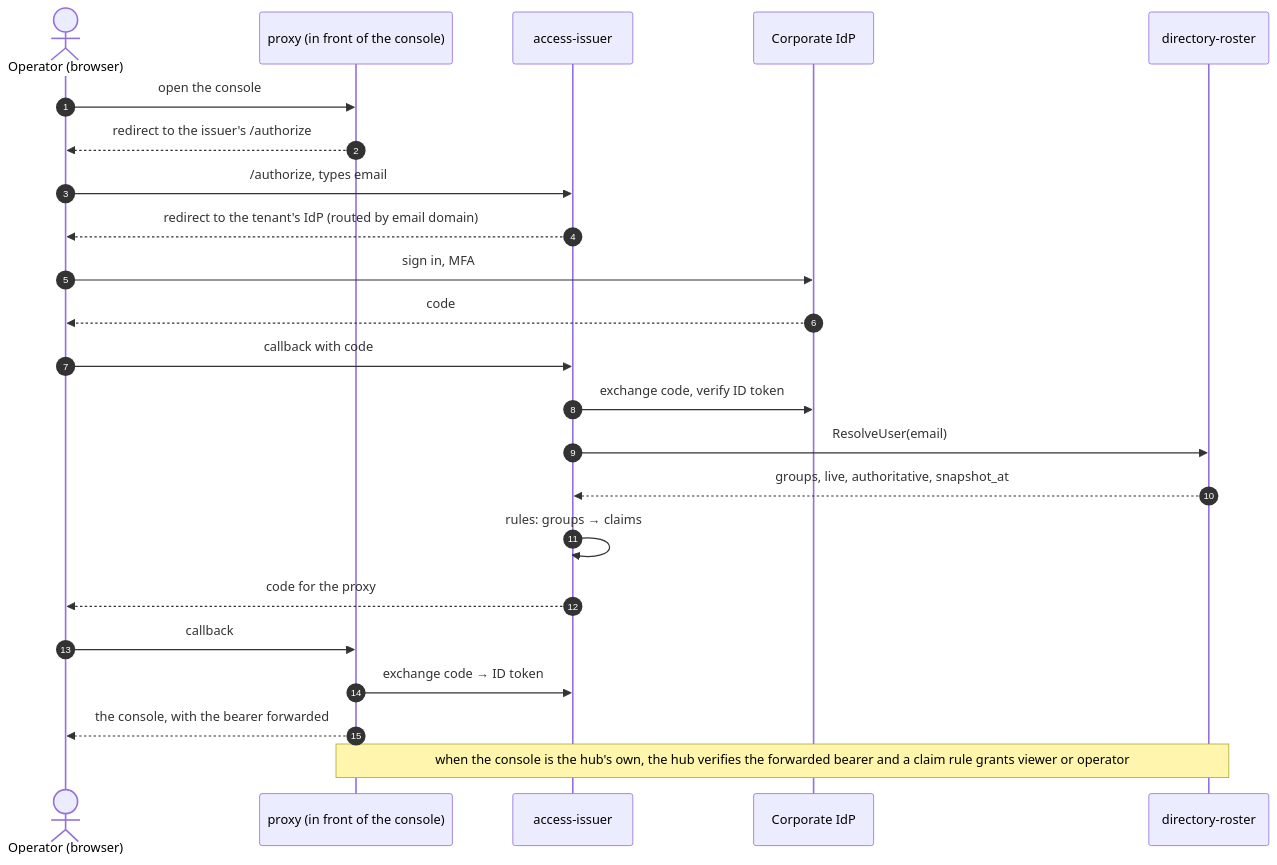
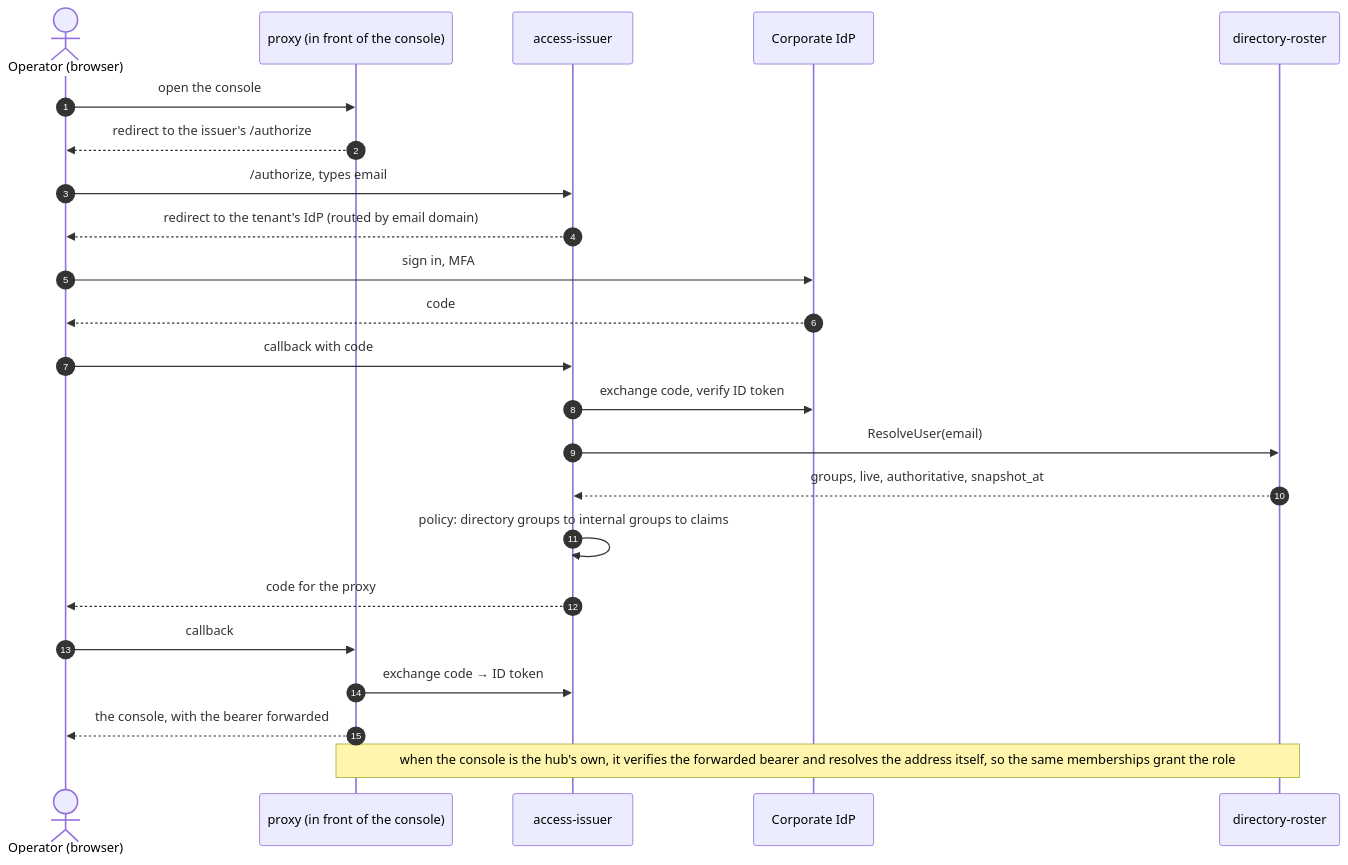
The fourth of 11 diagrams in docs/architecture.md (truvity/access-roster), drawn with Mermaid before and after one commit. The commit also changed other lines of this file and 21 other files, not shown here.

````diff
--- a/docs/architecture.md
+++ b/docs/architecture.md
@@ -215,25 +215,25 @@
 ```mermaid
 sequenceDiagram
   autonumber
   actor E as Operator (browser)
   participant P as proxy (in front of the console)
   participant T as access-issuer
   participant G as Corporate IdP
   participant H as directory-roster
   E->>P: open the console
   P-->>E: redirect to the issuer's /authorize
   E->>T: /authorize, types email
   T-->>E: redirect to the tenant's IdP (routed by email domain)
   E->>G: sign in, MFA
   G-->>E: code
   E->>T: callback with code
   T->>G: exchange code, verify ID token
   T->>H: ResolveUser(email)
   H-->>T: groups, live, authoritative, snapshot_at
-  T->>T: rules: groups → claims
+  T->>T: policy: directory groups to internal groups to claims
   T-->>E: code for the proxy
   E->>P: callback
   P->>T: exchange code → ID token
   P-->>E: the console, with the bearer forwarded
-  Note over P,H: when the console is the hub's own, the hub verifies the forwarded bearer and a claim rule grants viewer or operator
+  Note over P,H: when the console is the hub's own, it verifies the forwarded bearer and resolves the address itself, so the same memberships grant the role
 ```
````
